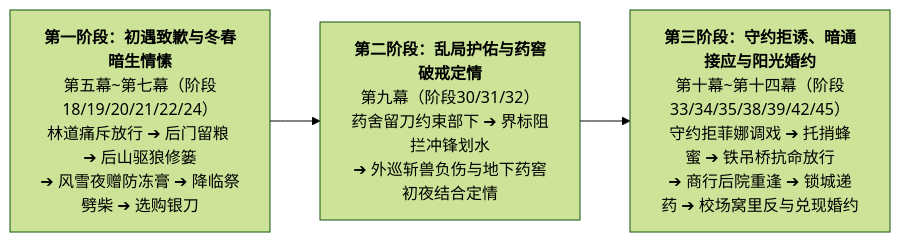
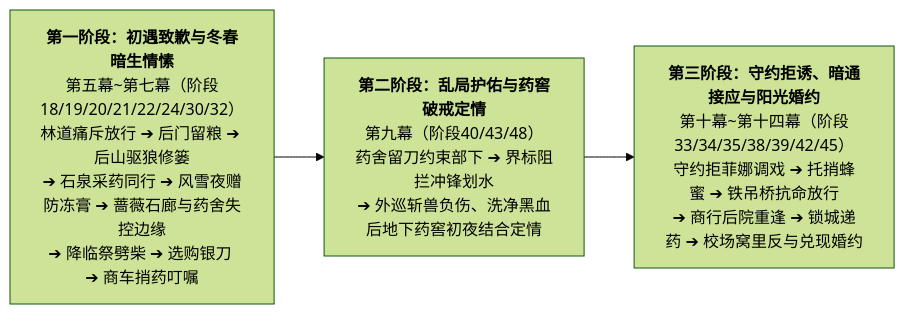
One commit to soranokiseki1437/eldoria-worldbook changed the diagram in 方案/第二部/卢卡斯NSFW/卢卡斯x艾琳娜关系线.md. Above: the diagram before and after it, drawn with Mermaid (forest theme). The commit also changed other lines of this file and 26 other files, not shown here.

````diff
--- a/方案/第二部/卢卡斯NSFW/卢卡斯x艾琳娜关系线.md
+++ b/方案/第二部/卢卡斯NSFW/卢卡斯x艾琳娜关系线.md
@@ -11,6 +11,6 @@
 ```mermaid
 graph LR
-    P1["<b>第一阶段：初遇致歉与冬春暗生情愫</b><br/>第五幕~第七幕（阶段18/19/20/21/22/24）<br/>林道痛斥放行 ➔ 后门留粮 ➔ 后山驱狼修篓<br/>➔ 风雪夜赠防冻膏 ➔ 降临祭劈柴 ➔ 选购银刀"]
-    --> P2["<b>第二阶段：乱局护佑与药窖破戒定情</b><br/>第九幕（阶段30/31/32）<br/>药舍留刀约束部下 ➔ 界标阻拦冲锋划水<br/>➔ 外巡斩兽负伤与地下药窖初夜结合定情"]
+    P1["<b>第一阶段：初遇致歉与冬春暗生情愫</b><br/>第五幕~第七幕（阶段18/19/20/21/22/24/30/32）<br/>林道痛斥放行 ➔ 后门留粮 ➔ 后山驱狼修篓<br/>➔ 石泉采药同行 ➔ 风雪夜赠防冻膏 ➔ 蔷薇石廊与药舍失控边缘<br/>➔ 降临祭劈柴 ➔ 选购银刀 ➔ 商车捎药叮嘱"]
+    --> P2["<b>第二阶段：乱局护佑与药窖破戒定情</b><br/>第九幕（阶段40/43/48）<br/>药舍留刀约束部下 ➔ 界标阻拦冲锋划水<br/>➔ 外巡斩兽负伤、洗净黑血后地下药窖初夜结合定情"]
     --> P3["<b>第三阶段：守约拒诱、暗通接应与阳光婚约</b><br/>第十幕~第十四幕（阶段33/34/35/38/39/42/45）<br/>守约拒菲娜调戏 ➔ 托捎蜂蜜 ➔ 铁吊桥抗命放行<br/>➔ 商行后院重逢 ➔ 锁城递药 ➔ 校场窝里反与兑现婚约"]
 ```
````
